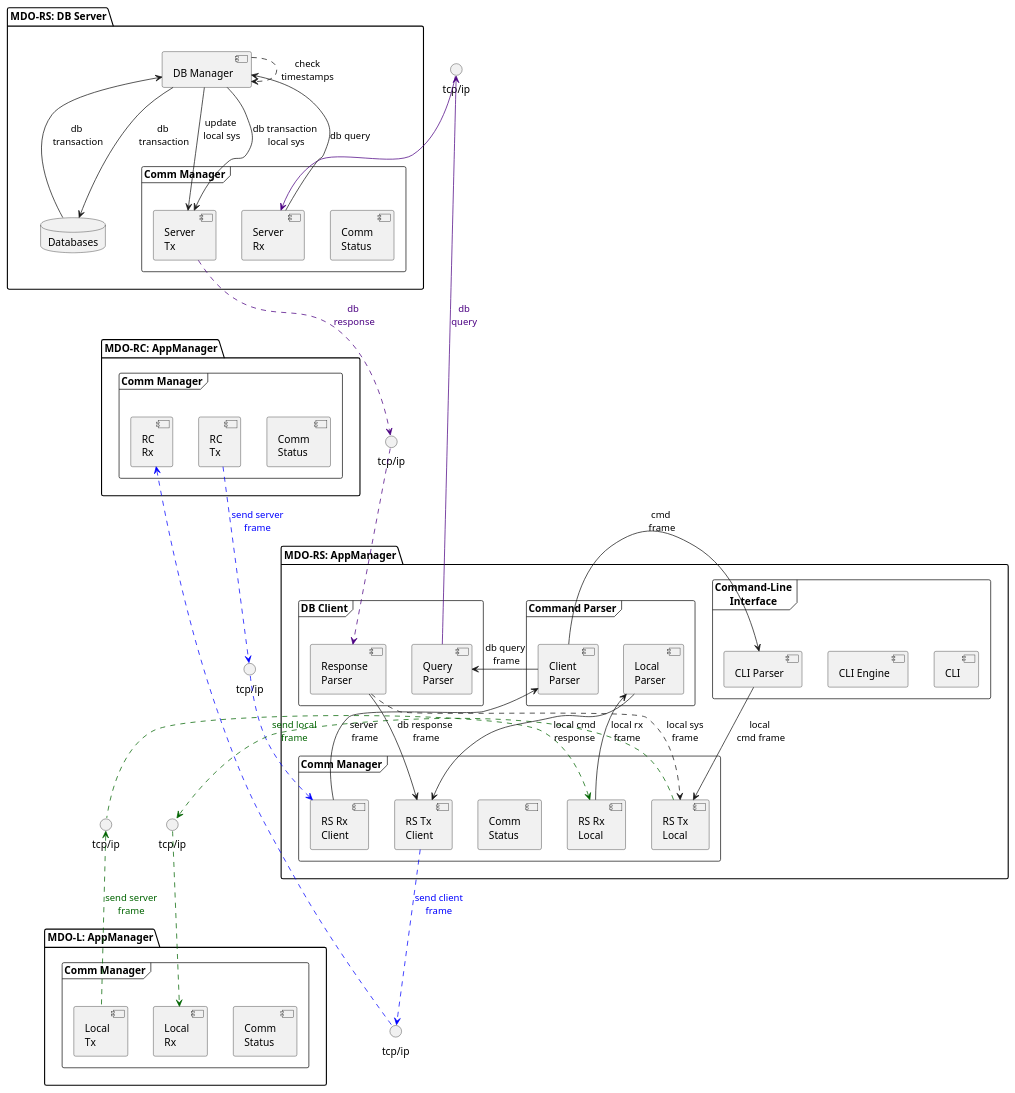
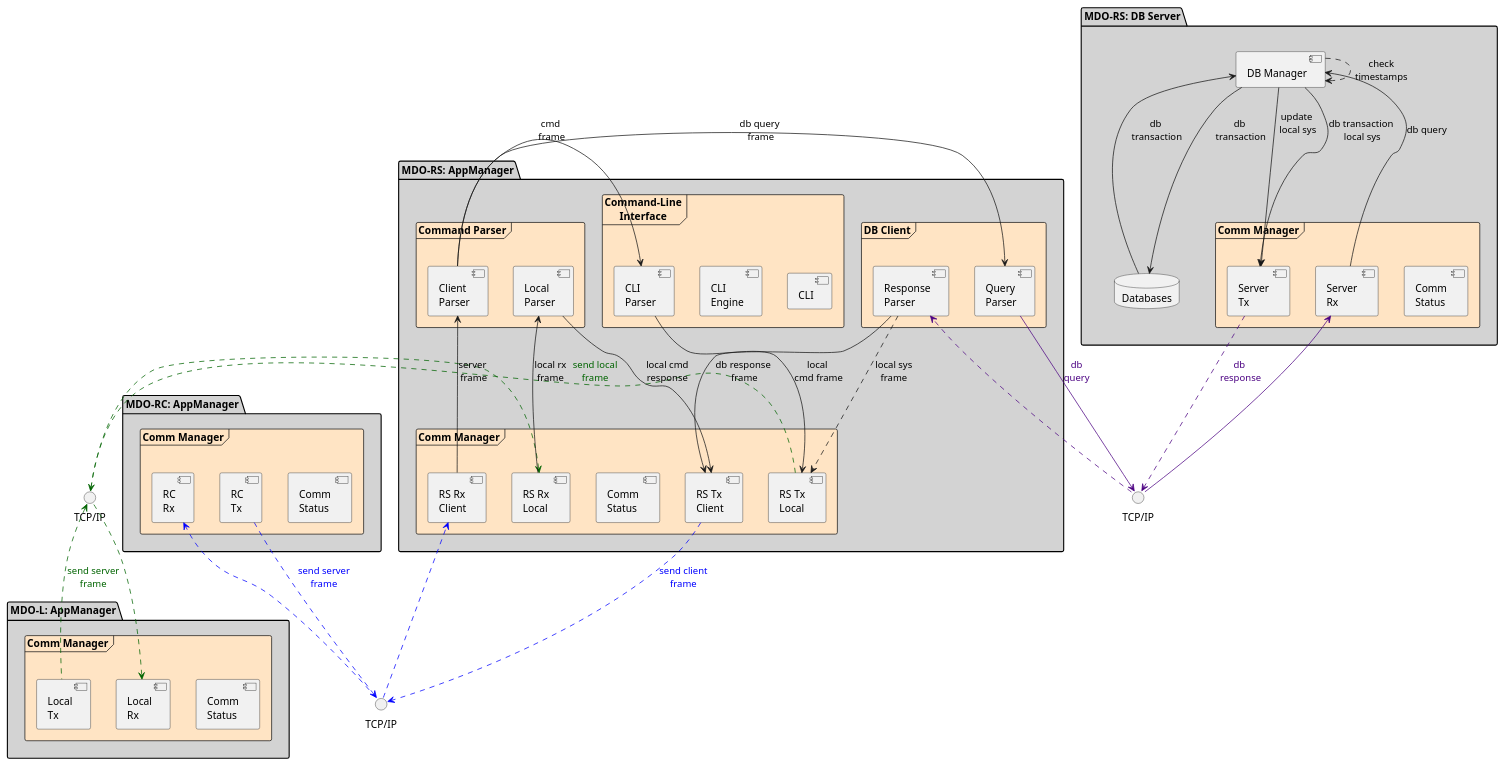
Diagram 31 of 59 in Proj/readme.org (ElectroQuanta/MDO), drawn with PlantUML before and after one commit. The commit also changed other lines of this file and 10 other files, not shown here.

```diff
--- a/Proj/readme.org
+++ b/Proj/readme.org
@@ -2026,38 +2026,38 @@
 '' participants definition
 ''actor "Brand/Admin" as User
 
-package "MDO-RC: AppManager" {
-  frame "Comm Manager" as CM{
+package "MDO-RC: AppManager" #lightgrey{
+  frame "Comm Manager" as CM #bisque{
   [Comm \nStatus] as RCS
   [RC\nTx] as RCT
   [RC\nRx] as RCR
   }
 }
 
-package "MDO-L: AppManager" {
-  frame "Comm Manager" as LCM{
+package "MDO-L: AppManager" #lightgrey{
+  frame "Comm Manager" as LCM #bisque{
   [Comm \nStatus] as LCS
   [Local\nTx] as LCT
   [Local\nRx] as LCR
   }
 }
 
-package "MDO-RS: AppManager"{
+package "MDO-RS: AppManager" #lightgrey{
   ''HTTP - [UI]
-  frame "Command-Line\nInterface"{
+  frame "Command-Line\nInterface" #bisque{
   [CLI] as CLI
-  [CLI Engine] as CLIE
-  [CLI Parser] as CLIP
+  [CLI \nEngine] as CLIE
+  [CLI \nParser] as CLIP
   }
-  frame "Command Parser"{
+  frame "Command Parser" #bisque{
   [Client\nParser] as RSCP
   [Local \nParser] as RSLP
   }
-  frame "DB Client" as RSDBM{
+  frame "DB Client" as RSDBM #bisque{
   [Query\nParser] as RSQP
   [Response\nParser] as RSRP
   }
-  frame "Comm Manager" as CMS{
+  frame "Comm Manager" as CMS #bisque{
   [Comm \nStatus] as RSS
   [RS Tx \nClient] as RSTC
   [RS Rx \nClient] as RSRC
@@ -2066,10 +2066,10 @@
   }
 }
 
-package "MDO-RS: DB Server"{
+package "MDO-RS: DB Server" #lightgrey{
   ''[DB Transaction\n Manager] as DBTM
   [DB Manager] as RSDBM2
-  frame "Comm Manager" as CMDB{
+  frame "Comm Manager" as CMDB #bisque{
   [Comm \nStatus] as DBSt
   [Server \nTx] as SERVTx
   [Server \nRx] as SERVRx
@@ -2079,29 +2079,26 @@
 '' ------------------------------
 
 '' ----------- INTERFACES
-() "tcp/ip" as sockRC_RS
-() "tcp/ip" as sockRS_RC
-() "tcp/ip" as sockRS_L
-() "tcp/ip" as sockL_RS
-() "tcp/ip" as sockRS_SQL
-() "tcp/ip" as sockSQL_RS
+() "TCP/IP" as sockRC_RS
+() "TCP/IP" as sockRS_L
+() "TCP/IP" as sockRS_SQL
 
 '' MDO-RS
 '' Client Connections
 [RCT] ..> sockRC_RS #blue: <color:blue>send server\n<color:blue>frame
 sockRC_RS ..> [RSRC] #blue
-[RSTC] ..> sockRS_RC #blue: <color:blue>send client\n<color:blue>frame
-sockRS_RC ..> [RCR] #blue
+[RSTC] ..> sockRC_RS #blue: <color:blue>send client\n<color:blue>frame
+sockRC_RS ..> [RCR] #blue
 '' Local connections
 [RSTL] .r.> sockRS_L #darkgreen: <color:darkgreen>send local\n<color:darkgreen>frame
 sockRS_L .d.> [LCR] #darkgreen
-[LCT] .u.> sockL_RS #darkgreen: <color:darkgreen>send server\n<color:darkgreen>frame
-sockL_RS .l.> [RSRL] #darkgreen
+[LCT] .u.> sockRS_L #darkgreen: <color:darkgreen>send server\n<color:darkgreen>frame
+sockRS_L .l.> [RSRL] #darkgreen
 '' Database connections
 [RSQP] --> sockRS_SQL #indigo: <color:indigo>db\n<color:indigo>query
 sockRS_SQL --> [SERVRx] #indigo
-[SERVTx] ..> sockSQL_RS #indigo: <color:indigo>db \n<color:indigo>response 
-sockSQL_RS ..> [RSRP] #indigo
+[SERVTx] ..> sockRS_SQL #indigo: <color:indigo>db \n<color:indigo>response 
+sockRS_SQL ..> [RSRP] #indigo
 
 '' Internal logic
 [RSRC] --> [RSCP]: server\n frame
```
